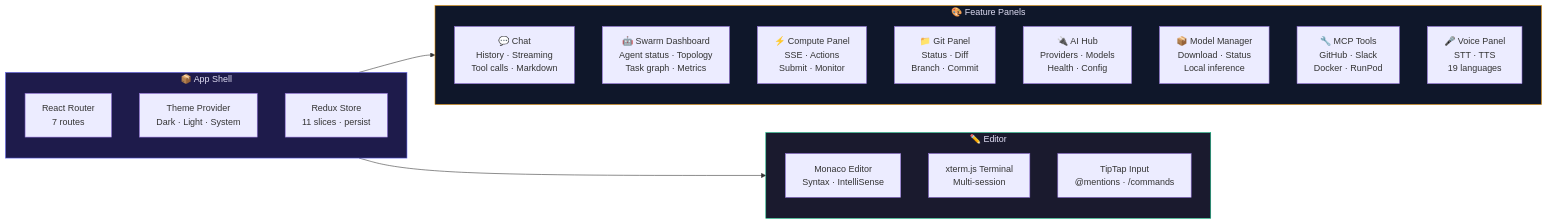
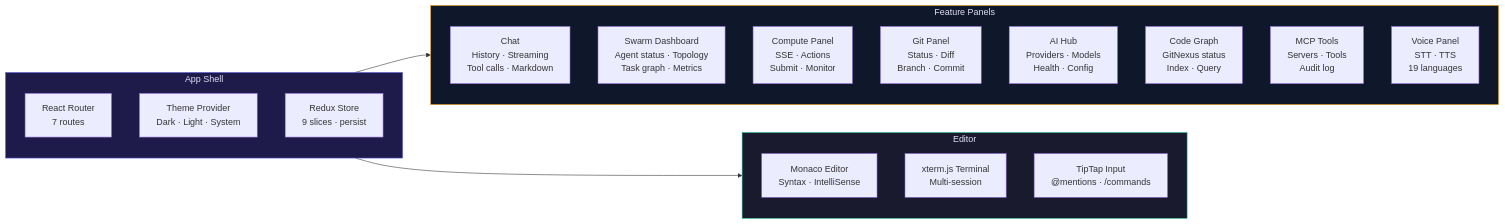
One commit to inbharat-ai/codein.pro changed the third of 5 diagrams in README.md. Above: the diagram before and after it, drawn with Mermaid. The commit also changed other lines of this file and 67 other files, not shown here.

````diff
--- a/README.md
+++ b/README.md
@@ -289,32 +297,32 @@
 ```mermaid
 graph LR
-    subgraph App["📦 App Shell"]
+    subgraph App["App Shell"]
         Router["React Router<br/>7 routes"]
         Theme["Theme Provider<br/>Dark · Light · System"]
-        Redux["Redux Store<br/>11 slices · persist"]
+        Redux["Redux Store<br/>9 slices · persist"]
     end
 
-    subgraph Panels["🎨 Feature Panels"]
-        Chat["💬 Chat<br/>History · Streaming<br/>Tool calls · Markdown"]
-        Swarm["🤖 Swarm Dashboard<br/>Agent status · Topology<br/>Task graph · Metrics"]
-        Compute["⚡ Compute Panel<br/>SSE · Actions<br/>Submit · Monitor"]
-        Git["📁 Git Panel<br/>Status · Diff<br/>Branch · Commit"]
-        AI["🔌 AI Hub<br/>Providers · Models<br/>Health · Config"]
-        Models["📦 Model Manager<br/>Download · Status<br/>Local inference"]
-        MCP["🔧 MCP Tools<br/>GitHub · Slack<br/>Docker · RunPod"]
-        Voice["🎤 Voice Panel<br/>STT · TTS<br/>19 languages"]
+    subgraph Panels["Feature Panels"]
+        Chat["Chat<br/>History · Streaming<br/>Tool calls · Markdown"]
+        Swarm["Swarm Dashboard<br/>Agent status · Topology<br/>Task graph · Metrics"]
+        Compute["Compute Panel<br/>SSE · Actions<br/>Submit · Monitor"]
+        Git["Git Panel<br/>Status · Diff<br/>Branch · Commit"]
+        AI["AI Hub<br/>Providers · Models<br/>Health · Config"]
+        Graph["Code Graph<br/>GitNexus status<br/>Index · Query"]
+        MCP["MCP Tools<br/>Servers · Tools<br/>Audit log"]
+        Voice["Voice Panel<br/>STT · TTS<br/>19 languages"]
     end
 
-    subgraph Editor["✏️ Editor"]
+    subgraph Editor["Editor"]
         Monaco["Monaco Editor<br/>Syntax · IntelliSense"]
         Terminal["xterm.js Terminal<br/>Multi-session"]
         TipTap["TipTap Input<br/>@mentions · /commands"]
     end
 
     App --> Panels
     App --> Editor
 
     style App fill:#1e1b4b,stroke:#6366f1,color:#e0def4
     style Panels fill:#0f172a,stroke:#f59e0b,color:#e0def4
     style Editor fill:#1a1a2e,stroke:#10b981,color:#e0def4
 ```
````
